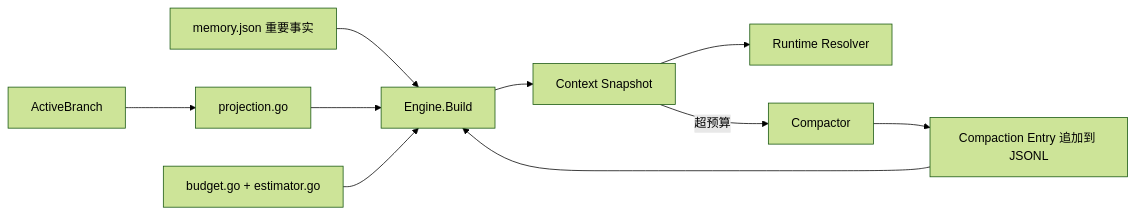
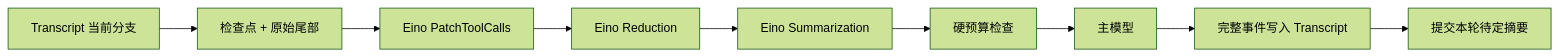
The diagram in internal/contextengine/README.md (sda1-hacker/humbert-agent), drawn with Mermaid (forest theme) before and after one commit. The commit also changed other lines of this file and 251 other files, not shown here.

````diff
--- a/internal/contextengine/README.md
+++ b/internal/contextengine/README.md
@@ -9,12 +7,11 @@
 ```mermaid
 flowchart LR
-  T[ActiveBranch] --> P[projection.go]
-  M[memory.json 重要事实] --> E[Engine.Build]
-  P --> E
-  B[budget.go + estimator.go] --> E
-  E --> S[Context Snapshot]
-  S --> R[Runtime Resolver]
-  S -->|超预算| C[Compactor]
-  C --> J[Compaction Entry 追加到 JSONL]
-  J --> E
+  T[Transcript 当前分支] --> P[检查点 + 原始尾部]
+  P --> PATCH[Eino PatchToolCalls]
+  PATCH --> R[Eino Reduction]
+  R --> S[Eino Summarization]
+  S --> G[硬预算检查]
+  G --> M[主模型]
+  M --> RAW[完整事件写入 Transcript]
+  RAW --> COMMIT[提交本轮待定摘要]
 ```
````
